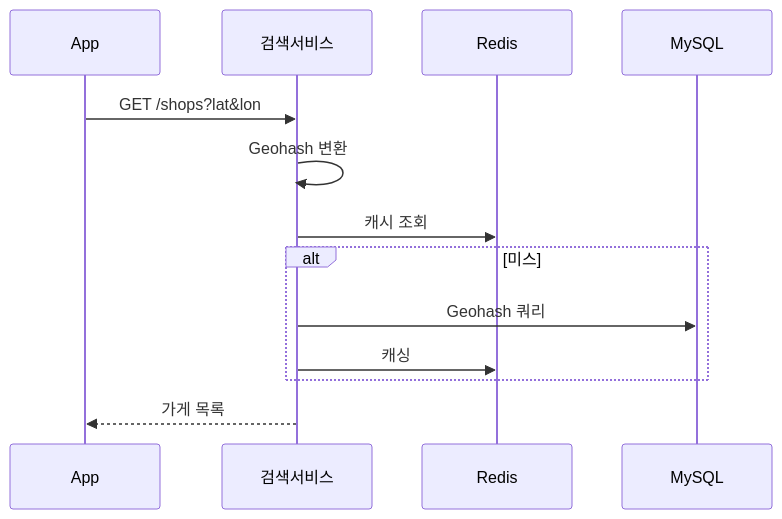
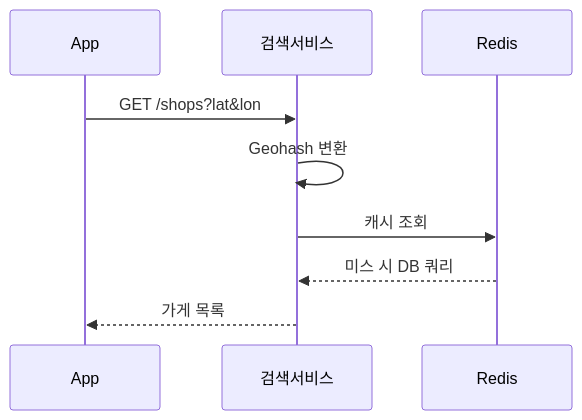
One commit to yjkim2015/yjkim2015.github.io changed the fourth of 9 diagrams in _posts/systemdesign/2026-05-03-system-design-location.md. Above: the diagram before and after it, drawn with Mermaid. The commit also changed other lines of this file and 155 other files, not shown here.

First line of the commit message:
Mermaid 전면 수정: subgraph 제거, participant/노드/줄수 축소 (342블록)

````diff
--- a/_posts/systemdesign/2026-05-03-system-design-location.md
+++ b/_posts/systemdesign/2026-05-03-system-design-location.md
@@ -249,15 +246,11 @@
 ```mermaid
 sequenceDiagram
     participant App
     participant S as 검색서비스
     participant C as Redis
-    participant DB as MySQL
     App->>S: GET /shops?lat&lon
     S->>S: Geohash 변환
     S->>C: 캐시 조회
-    alt 미스
-        S->>DB: Geohash 쿼리
-        S->>C: 캐싱
-    end
+    C-->>S: 미스 시 DB 쿼리
     S-->>App: 가게 목록
 ```
````
